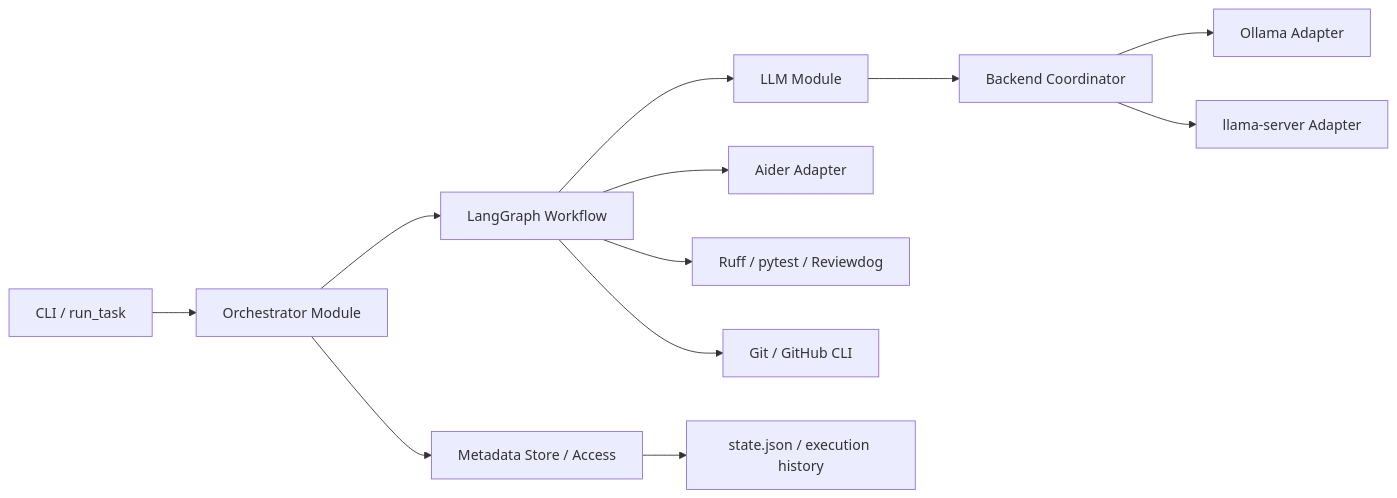
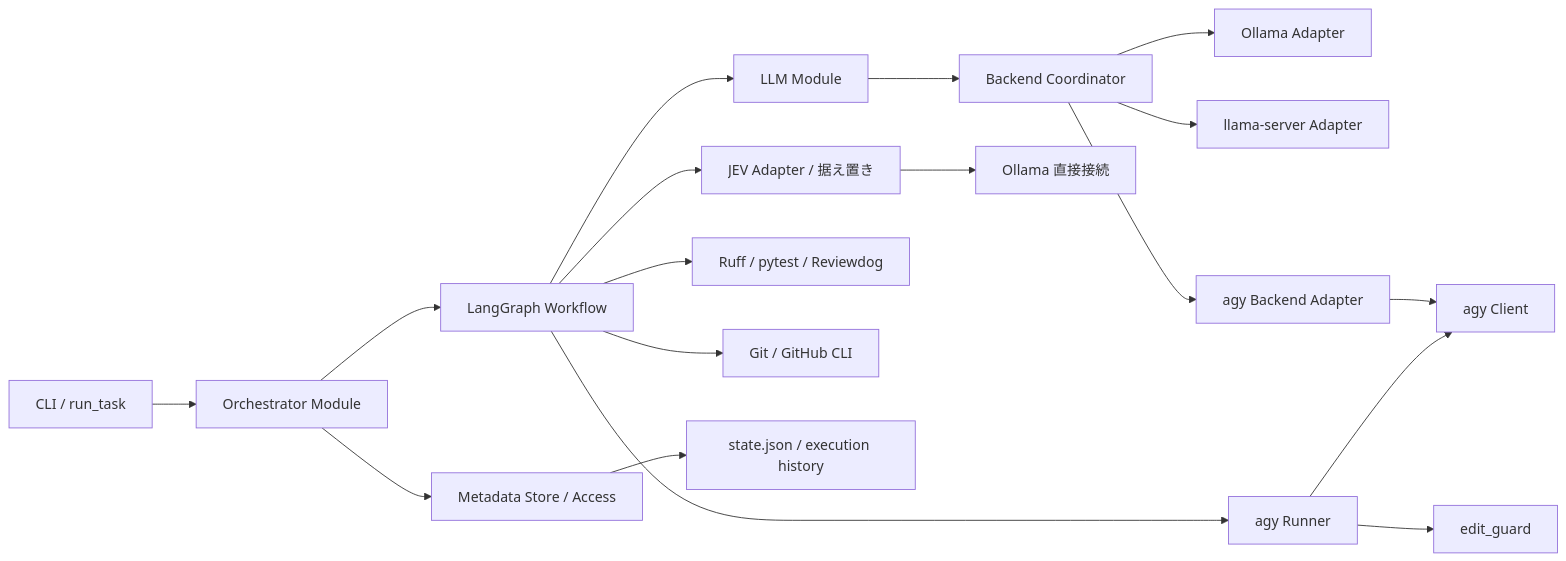
Before and after one commit to xzyozi/second-brain-graph: the first of 3 diagrams in docs/design/SBOS-DD-003_詳細設計書.md, drawn with Mermaid. The commit also changed other lines of this file and 154 other files, not shown here.

````diff
--- a/docs/design/SBOS-DD-003_詳細設計書.md
+++ b/docs/design/SBOS-DD-003_詳細設計書.md
@@ -31,14 +35,20 @@
 ```mermaid
 flowchart LR
     CLI[CLI / run_task] --> ORCH[Orchestrator Module]
     ORCH --> META[Metadata Store / Access]
     ORCH --> GRAPH[LangGraph Workflow]
     GRAPH --> LLM[LLM Module]
     LLM --> COORD[Backend Coordinator]
     COORD --> OLLAMA[Ollama Adapter]
     COORD --> LLAMA[llama-server Adapter]
-    GRAPH --> AIDER[Aider Adapter]
+    COORD --> AGYB[agy Backend Adapter]
+    GRAPH --> EDIT[agy Runner]
+    EDIT --> GUARD[edit_guard]
+    AGYB --> AGYC[agy Client]
+    EDIT --> AGYC[agy Client]
+    GRAPH --> JEV[JEV Adapter / 据え置き]
+    JEV --> OLLAMAJ[Ollama 直接接続]
     GRAPH --> QUALITY[Ruff / pytest / Reviewdog]
     GRAPH --> GIT[Git / GitHub CLI]
     META --> STATE[state.json / execution history]
 ```
````
